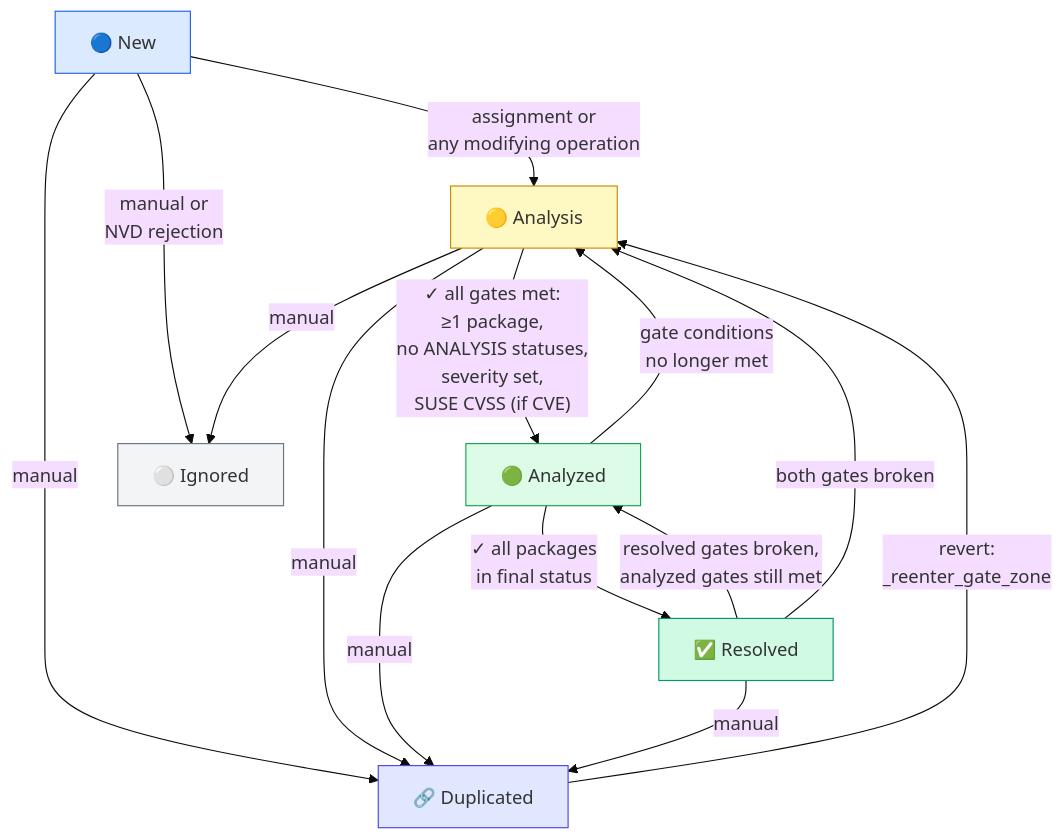
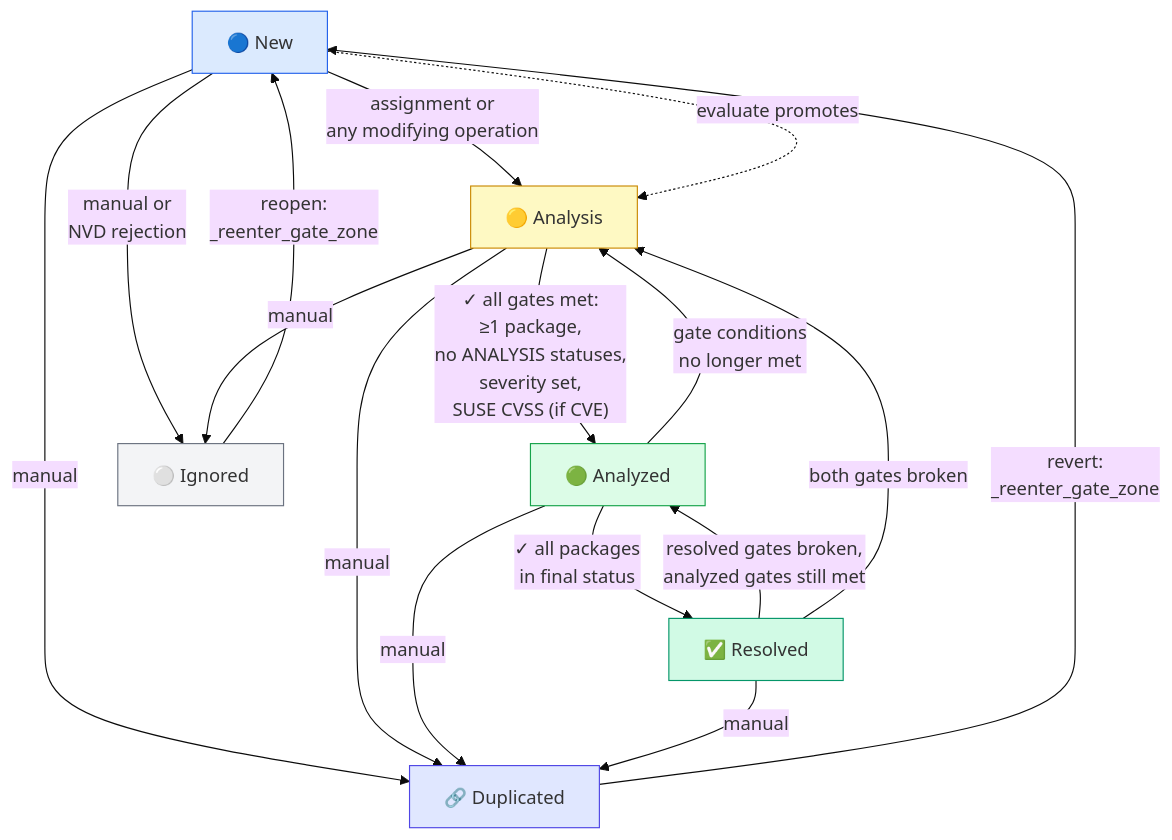
The fifth of 6 diagrams in docs/system-map.md (StayPirate/STAMP), drawn with Mermaid (base theme) before and after one commit. The commit also changed 2 other files, not shown here.

Commit message:
docs: add require_ticket_mutable guard, unify 409 block for manual-zone tickets

````diff
--- a/docs/system-map.md
+++ b/docs/system-map.md
@@ -412,35 +412,38 @@
 ```mermaid
 flowchart TD
     NEW["🔵 New"]
     ANALYSIS["🟡 Analysis"]
     ANALYZED["🟢 Analyzed"]
     RESOLVED["✅ Resolved"]
     IGNORED["⚪ Ignored"]
     DUPLICATED["🔗 Duplicated"]
 
     NEW -->|"assignment or<br/>any modifying operation"| ANALYSIS
     NEW -->|"manual or<br/>NVD rejection"| IGNORED
 
     ANALYSIS -->|"✓ all gates met:<br/>≥1 package,<br/>no ANALYSIS statuses,<br/>severity set,<br/>SUSE CVSS (if CVE)"| ANALYZED
     ANALYSIS -->|"manual"| IGNORED
 
     ANALYZED -->|"✓ all packages<br/>in final status"| RESOLVED
     ANALYZED -->|"gate conditions<br/>no longer met"| ANALYSIS
 
     RESOLVED -->|"resolved gates broken,<br/>analyzed gates still met"| ANALYZED
     RESOLVED -->|"both gates broken"| ANALYSIS
 
     NEW -->|"manual"| DUPLICATED
     ANALYSIS -->|"manual"| DUPLICATED
     ANALYZED -->|"manual"| DUPLICATED
     RESOLVED -->|"manual"| DUPLICATED
 
-    DUPLICATED -->|"revert:<br/>_reenter_gate_zone"| ANALYSIS
+    DUPLICATED -->|"revert:<br/>_reenter_gate_zone"| NEW
+    IGNORED -->|"reopen:<br/>_reenter_gate_zone"| NEW
+
+    NEW -.->|"evaluate promotes"| ANALYSIS
 
     style NEW fill:#dbeafe,stroke:#2563eb
     style ANALYSIS fill:#fef9c3,stroke:#ca8a04
     style ANALYZED fill:#dcfce7,stroke:#16a34a
     style RESOLVED fill:#d1fae5,stroke:#059669
     style IGNORED fill:#f3f4f6,stroke:#6b7280
     style DUPLICATED fill:#e0e7ff,stroke:#4f46e5
 ```
````
